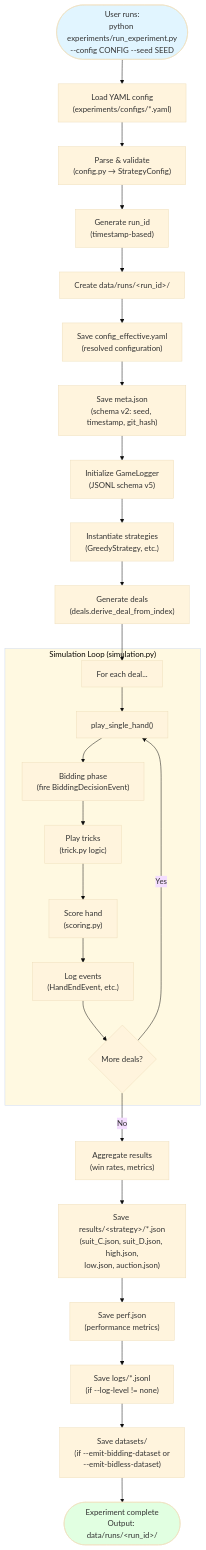
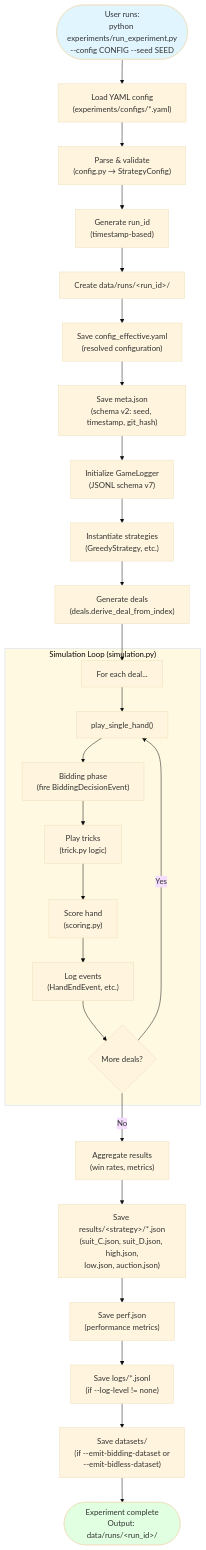
Before and after one commit to Questuart/Bid-Euchre: the second of 8 diagrams in docs/FLOW_DIAGRAM.md, drawn with Mermaid (base theme). The commit also changed other lines of this file and 5 other files, not shown here.

First line of the commit message:
docs: reconcile docs with post-schema-v7 reality

````diff
--- a/docs/FLOW_DIAGRAM.md
+++ b/docs/FLOW_DIAGRAM.md
@@ -120,41 +120,41 @@
 ```mermaid
 flowchart TD
     Start([User runs:<br/>python experiments/run_experiment.py<br/>--config CONFIG --seed SEED])
 
     Start --> LoadConfig["Load YAML config<br/>(experiments/configs/*.yaml)"]
     LoadConfig --> ParseConfig["Parse & validate<br/>(config.py → StrategyConfig)"]
 
     ParseConfig --> CreateRunID["Generate run_id<br/>(timestamp-based)"]
     CreateRunID --> CreateRunDir["Create data/runs/&lt;run_id&gt;/"]
 
     CreateRunDir --> SaveEffectiveConfig["Save config_effective.yaml<br/>(resolved configuration)"]
     SaveEffectiveConfig --> SaveMeta["Save meta.json<br/>(schema v2: seed, timestamp, git_hash)"]
 
-    SaveMeta --> InitLogger["Initialize GameLogger<br/>(JSONL schema v5)"]
+    SaveMeta --> InitLogger["Initialize GameLogger<br/>(JSONL schema v7)"]
     InitLogger --> InitStrategies["Instantiate strategies<br/>(GreedyStrategy, etc.)"]
 
     InitStrategies --> GenerateDeals["Generate deals<br/>(deals.derive_deal_from_index)"]
 
     GenerateDeals --> SimLoop["For each deal..."]
 
     subgraph Simulation["Simulation Loop (simulation.py)"]
         SimLoop --> PlayHand["play_single_hand()"]
         PlayHand --> Bidding["Bidding phase<br/>(fire BiddingDecisionEvent)"]
         Bidding --> PlayTricks["Play tricks<br/>(trick.py logic)"]
         PlayTricks --> Score["Score hand<br/>(scoring.py)"]
         Score --> LogEvents["Log events<br/>(HandEndEvent, etc.)"]
         LogEvents --> NextDeal{More deals?}
         NextDeal -->|Yes| PlayHand
     end
 
     NextDeal -->|No| Aggregate["Aggregate results<br/>(win rates, metrics)"]
     Aggregate --> SaveResults["Save results/&lt;strategy&gt;/*.json<br/>(suit_C.json, suit_D.json, high.json,<br/>low.json, auction.json)"]
     SaveResults --> SavePerf["Save perf.json<br/>(performance metrics)"]
     SavePerf --> SaveLogs["Save logs/*.jsonl<br/>(if --log-level != none)"]
     SaveLogs --> SaveDatasets["Save datasets/<br/>(if --emit-bidding-dataset or<br/>--emit-bidless-dataset)"]
     SaveDatasets --> End([Experiment complete<br/>Output: data/runs/&lt;run_id&gt;/])
 
     style Start fill:#e1f5ff
     style End fill:#e1ffe1
     style Simulation fill:#fff9e1
 ```
````
